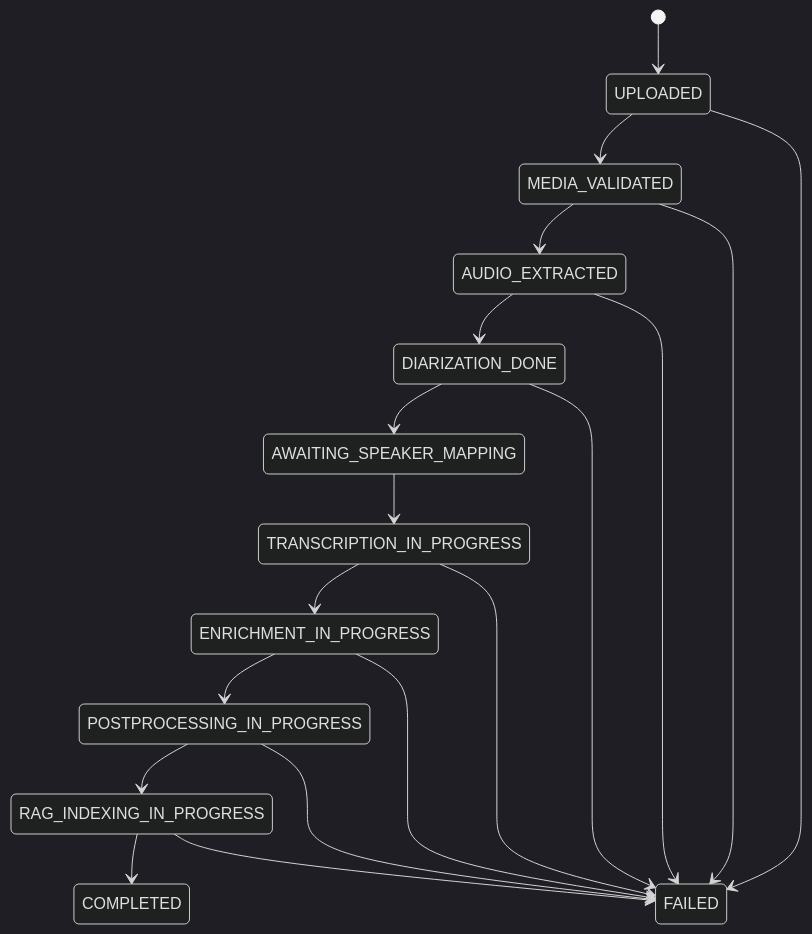
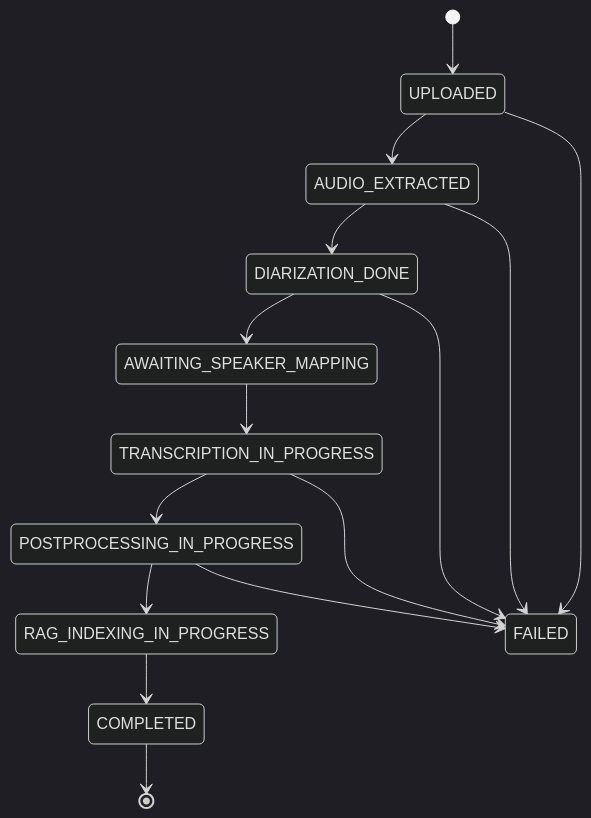
Before and after one commit to dtg-lucifer/speaktrace: the third of 3 diagrams in WORKFLOW.md, drawn with Mermaid (dark theme). The commit also changed other lines of this file and 123 other files, not shown here.

````diff
--- a/WORKFLOW.md
+++ b/WORKFLOW.md
@@ -64,22 +649,18 @@
 ```mermaid
 stateDiagram-v2
-  [*] --> UPLOADED
-  UPLOADED --> MEDIA_VALIDATED
-  MEDIA_VALIDATED --> AUDIO_EXTRACTED
-  AUDIO_EXTRACTED --> DIARIZATION_DONE
-  DIARIZATION_DONE --> AWAITING_SPEAKER_MAPPING
-  AWAITING_SPEAKER_MAPPING --> TRANSCRIPTION_IN_PROGRESS
-  TRANSCRIPTION_IN_PROGRESS --> ENRICHMENT_IN_PROGRESS
-  ENRICHMENT_IN_PROGRESS --> POSTPROCESSING_IN_PROGRESS
-  POSTPROCESSING_IN_PROGRESS --> RAG_INDEXING_IN_PROGRESS
-  RAG_INDEXING_IN_PROGRESS --> COMPLETED
+    [*] --> UPLOADED
+    UPLOADED --> AUDIO_EXTRACTED
+    AUDIO_EXTRACTED --> DIARIZATION_DONE
+    DIARIZATION_DONE --> AWAITING_SPEAKER_MAPPING
+    AWAITING_SPEAKER_MAPPING --> TRANSCRIPTION_IN_PROGRESS
+    TRANSCRIPTION_IN_PROGRESS --> POSTPROCESSING_IN_PROGRESS
+    POSTPROCESSING_IN_PROGRESS --> RAG_INDEXING_IN_PROGRESS
+    RAG_INDEXING_IN_PROGRESS --> COMPLETED
+    COMPLETED --> [*]
 
-  UPLOADED --> FAILED
-  MEDIA_VALIDATED --> FAILED
-  AUDIO_EXTRACTED --> FAILED
-  DIARIZATION_DONE --> FAILED
-  TRANSCRIPTION_IN_PROGRESS --> FAILED
-  ENRICHMENT_IN_PROGRESS --> FAILED
-  POSTPROCESSING_IN_PROGRESS --> FAILED
-  RAG_INDEXING_IN_PROGRESS --> FAILED
+    UPLOADED --> FAILED
+    AUDIO_EXTRACTED --> FAILED
+    DIARIZATION_DONE --> FAILED
+    TRANSCRIPTION_IN_PROGRESS --> FAILED
+    POSTPROCESSING_IN_PROGRESS --> FAILED
 ```
````
